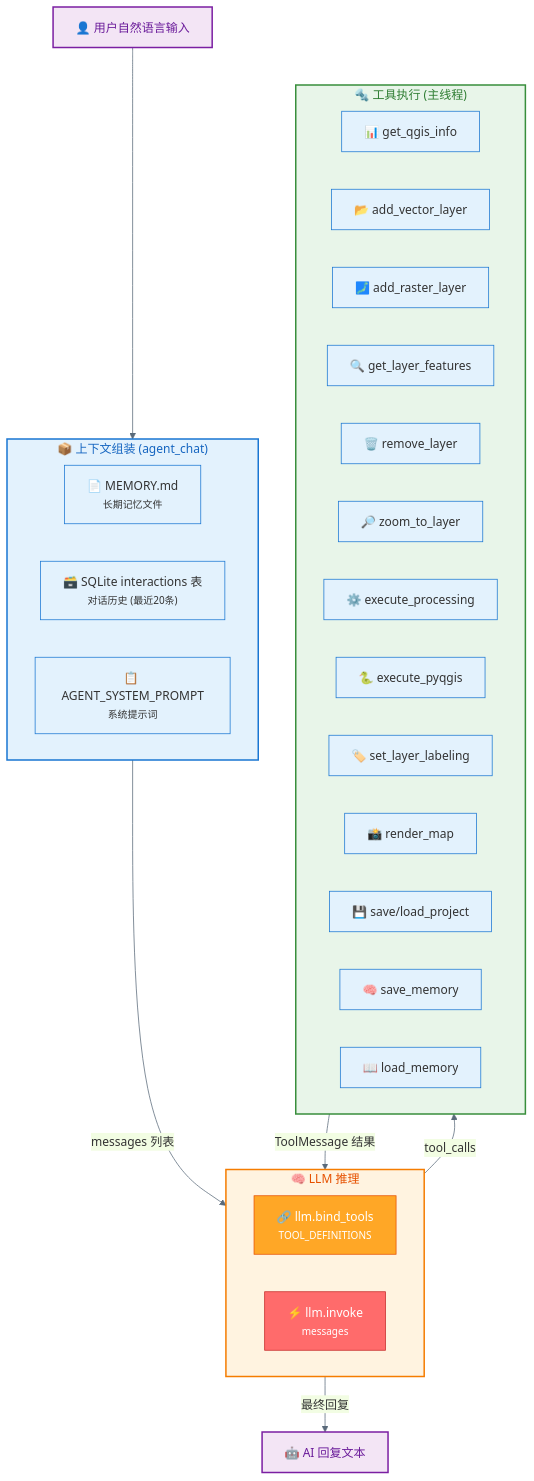
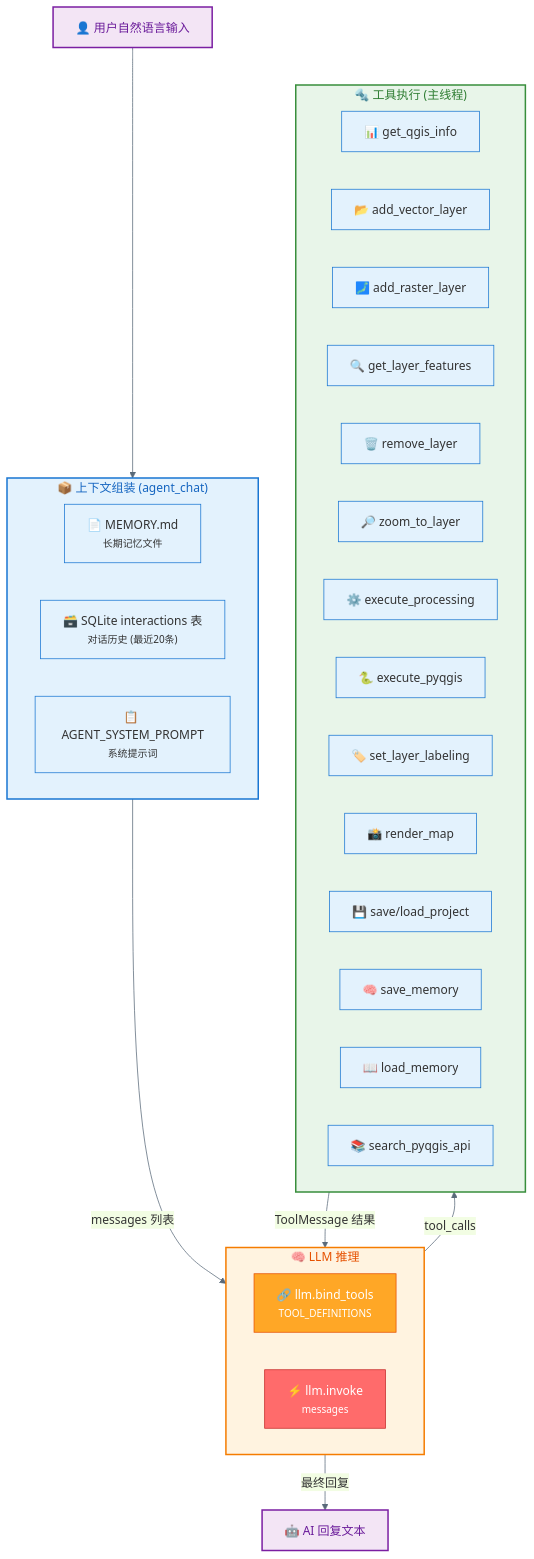
The fourth of 8 diagrams in CLAUDE.md (bunkmr/qgis-agent), drawn with Mermaid before and after one commit. The commit also changed other lines of this file and 31 other files, not shown here.

````diff
--- a/CLAUDE.md
+++ b/CLAUDE.md
@@ -164,50 +164,51 @@
 ```mermaid
 %%{init: {'theme': 'base', 'themeVariables': { 'primaryColor': '#e3f2fd', 'primaryBorderColor': '#1976d2', 'lineColor': '#5a6a7a'}}}%%
 flowchart TD
     INPUT["👤 用户自然语言输入"]
     
     subgraph CONTEXT["📦 上下文组装 (agent_chat)"]
         direction LR
         MEMORY["📄 MEMORY.md<br/><small>长期记忆文件</small>"]
         HISTORY["🗃️ SQLite interactions 表<br/><small>对话历史 (最近20条)</small>"]
         SYSTEM["📋 AGENT_SYSTEM_PROMPT<br/><small>系统提示词</small>"]
     end
 
     subgraph LLM["🧠 LLM 推理"]
         direction LR
         BIND["🔗 llm.bind_tools<br/><small>TOOL_DEFINITIONS</small>"]
         INFER["⚡ llm.invoke<br/><small>messages</small>"]
     end
 
     subgraph TOOLS["🔩 工具执行 (主线程)"]
         T1["📊 get_qgis_info"]
         T2["📂 add_vector_layer"]
         T3["🗾 add_raster_layer"]
         T4["🔍 get_layer_features"]
         T5["🗑️ remove_layer"]
         T6["🔎 zoom_to_layer"]
         T7["⚙️ execute_processing"]
         T8["🐍 execute_pyqgis"]
         T9["🏷️ set_layer_labeling"]
         T10["📸 render_map"]
         T11["💾 save/load_project"]
         TM1["🧠 save_memory"]
         TM2["📖 load_memory"]
+        TR1["📚 search_pyqgis_api"]
     end
 
     OUTPUT["🤖 AI 回复文本"]
 
     INPUT --> CONTEXT
     CONTEXT -->|"messages 列表"| LLM
     LLM -->|"tool_calls"| TOOLS
     TOOLS -->|"ToolMessage 结果"| LLM
     LLM -->|"最终回复"| OUTPUT
 
     style CONTEXT fill:#e3f2fd,stroke:#1976d2,stroke-width:2px,color:#1565c0
     style LLM fill:#fff3e0,stroke:#f57c00,stroke-width:2px,color:#e65100
     style TOOLS fill:#e8f5e9,stroke:#388e3c,stroke-width:2px,color:#2e7d32
     style INPUT fill:#f3e5f5,stroke:#7b1fa2,stroke-width:2px,color:#6a1b9a
     style OUTPUT fill:#f3e5f5,stroke:#7b1fa2,stroke-width:2px,color:#6a1b9a
     style INFER fill:#ff6b6b,stroke:#c62828,color:#fff
     style BIND fill:#ffa726,stroke:#e65100,color:#fff
 ```
````
